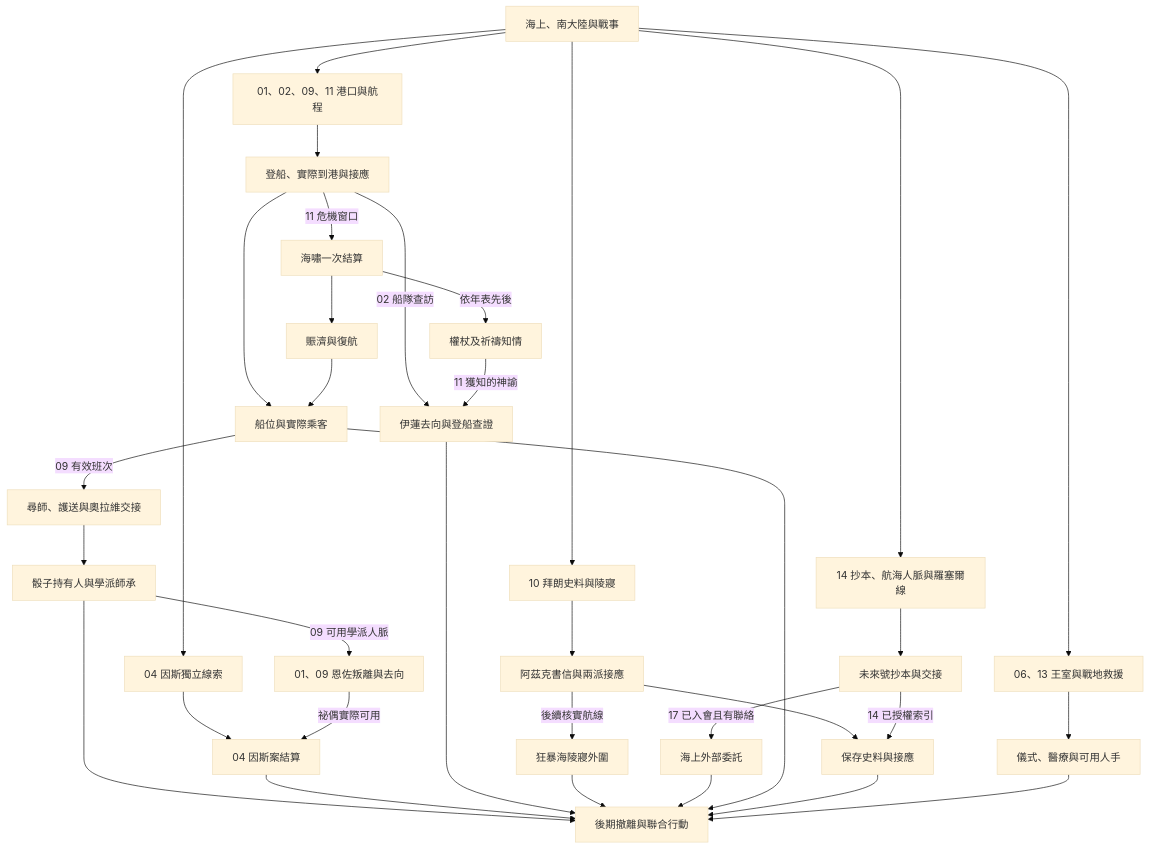
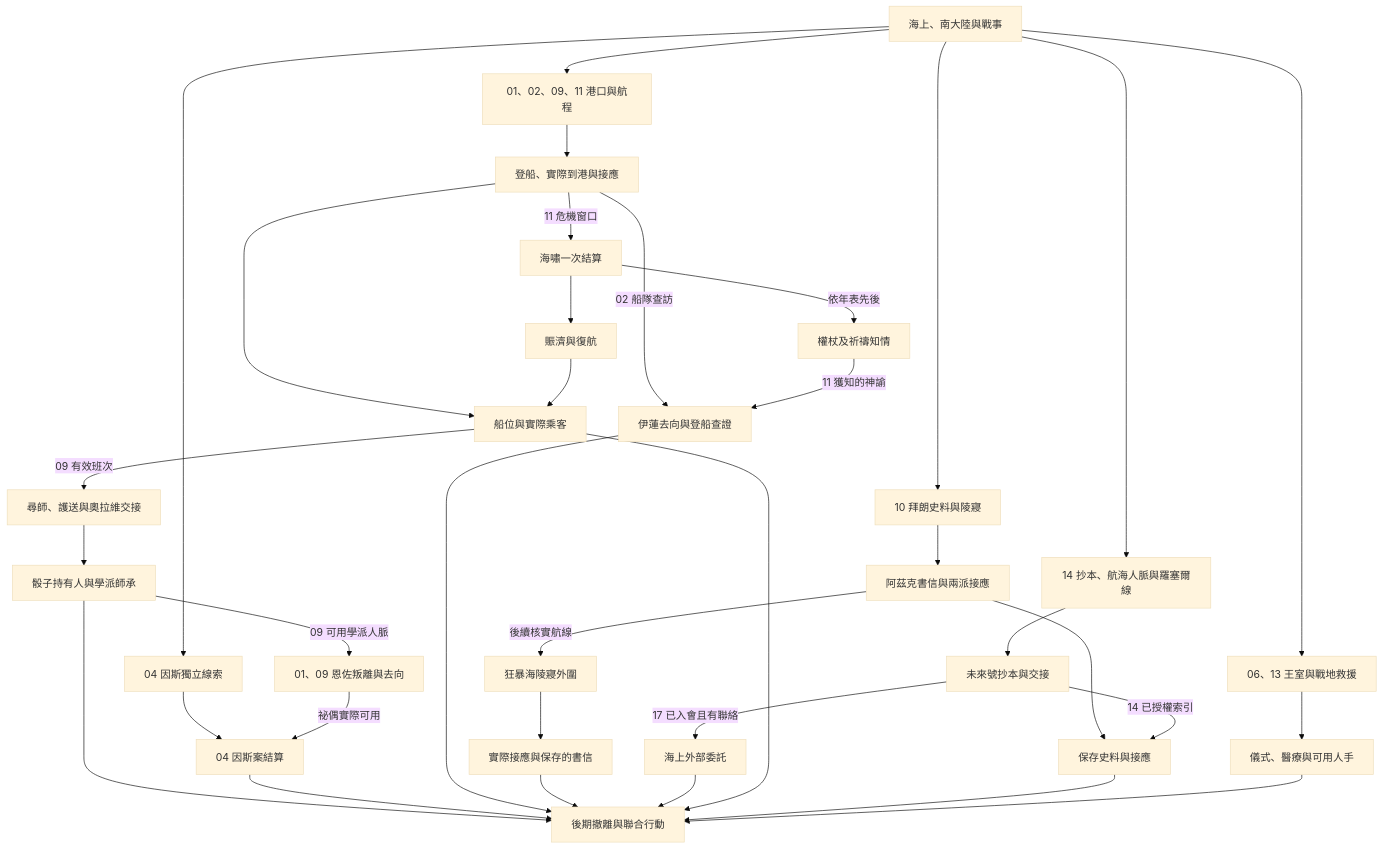
One commit to dragon961204-cmd/- changed the fifth of 7 diagrams in game/events/part_one_story_tree.md. Above: the diagram before and after it, drawn with Mermaid (base theme). The commit also changed other lines of this file, not shown here.

Commit message:
第二十批狂暴海陵寢與阿茲克書信 part_one_story_tree.md

````diff
--- a/game/events/part_one_story_tree.md
+++ b/game/events/part_one_story_tree.md
@@ -93,36 +93,37 @@
 ```mermaid
 flowchart TD
     A["海上、南大陸與戰事"] --> B["01、02、09、11 港口與航程"]
     A --> C["10 拜朗史料與陵寢"]
     A --> D["14 抄本、航海人脈與羅塞爾線"]
     A --> E["06、13 王室與戰地救援"]
     B --> J["登船、實際到港與接應"]
     J --> F["船位與實際乘客"]
     F -->|"09 有效班次"| O["尋師、護送與奧拉維交接"]
     O --> P["骰子持有人與學派師承"]
     P --> I
     P -->|"09 可用學派人脈"| U["01、09 恩佐叛離與去向"]
     A --> W["04 因斯獨立線索"]
     W --> V["04 因斯案結算"]
     U -->|"祕偶實際可用"| V
     V --> I
     J -->|"02 船隊查訪"| N["伊蓮去向與登船查證"]
     J -->|"11 危機窗口"| K["海嘯一次結算"]
     K --> L["賑濟與復航"]
     K -->|"依年表先後"| M["權杖及祈禱知情"]
     L --> F
     M -->|"11 獲知的神諭"| N
     N --> I
     C --> S["阿茲克書信與兩派接應"]
     S --> G["保存史料與接應"]
     S -->|"後續核實航線"| T["狂暴海陵寢外圍"]
-    T --> I
+    T --> X["實際接應與保存的書信"]
+    X --> I
     D --> Q["未來號抄本與交接"]
     Q -->|"14 已授權索引"| G
     Q -->|"17 已入會且有聯絡"| R["海上外部委託"]
     R --> I
     E --> H["儀式、醫療與可用人手"]
     F --> I["後期撤離與聯合行動"]
     G --> I
     H --> I
 ```
````
